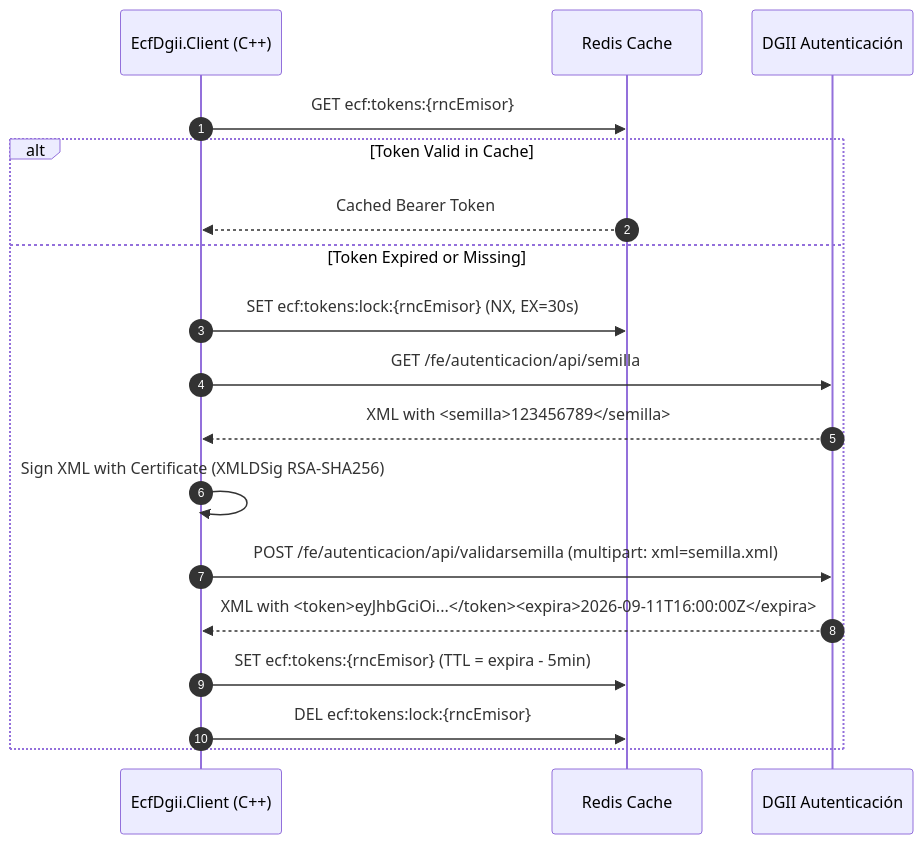
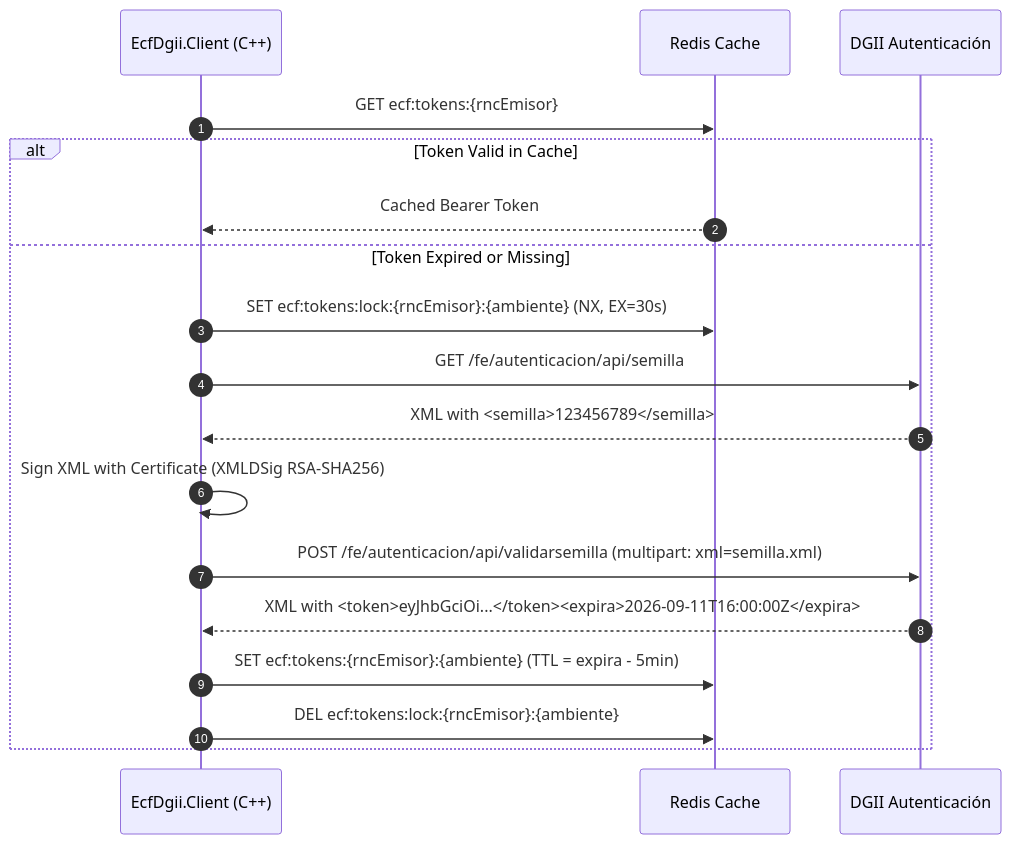
The third of 5 diagrams in README.md (JorgeGBeltre/EcfDgi.Client_C_Plus_Plus), drawn with Mermaid before and after one commit. The commit also changed other lines of this file and 16 other files, not shown here.

Commit message:
feat: implement core ECF client infrastructure and API controllers for DGII integration

````diff
--- a/README.md
+++ b/README.md
@@ -275,21 +285,21 @@
 ```mermaid
 sequenceDiagram
     autonumber
     participant Client as EcfDgii.Client (C++)
     participant Redis as Redis Cache
     participant Auth as DGII Autenticación
 
     Client->>Redis: GET ecf:tokens:{rncEmisor}
     alt Token Valid in Cache
         Redis-->>Client: Cached Bearer Token
     else Token Expired or Missing
-        Client->>Redis: SET ecf:tokens:lock:{rncEmisor} (NX, EX=30s)
+        Client->>Redis: SET ecf:tokens:lock:{rncEmisor}:{ambiente} (NX, EX=30s)
         Client->>Auth: GET /fe/autenticacion/api/semilla
         Auth-->>Client: XML with <semilla>123456789</semilla>
         Client->>Client: Sign XML with Certificate (XMLDSig RSA-SHA256)
         Client->>Auth: POST /fe/autenticacion/api/validarsemilla (multipart: xml=semilla.xml)
         Auth-->>Client: XML with <token>eyJhbGciOi...</token><expira>2026-09-11T16:00:00Z</expira>
-        Client->>Redis: SET ecf:tokens:{rncEmisor} (TTL = expira - 5min)
-        Client->>Redis: DEL ecf:tokens:lock:{rncEmisor}
+        Client->>Redis: SET ecf:tokens:{rncEmisor}:{ambiente} (TTL = expira - 5min)
+        Client->>Redis: DEL ecf:tokens:lock:{rncEmisor}:{ambiente}
     end
 ```
````
